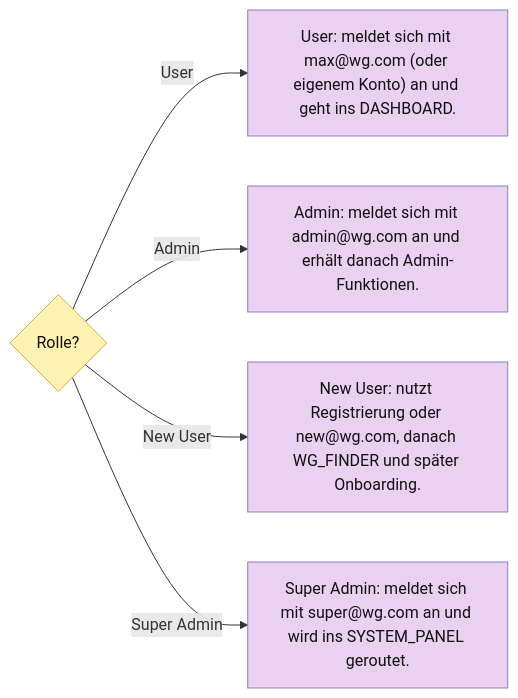
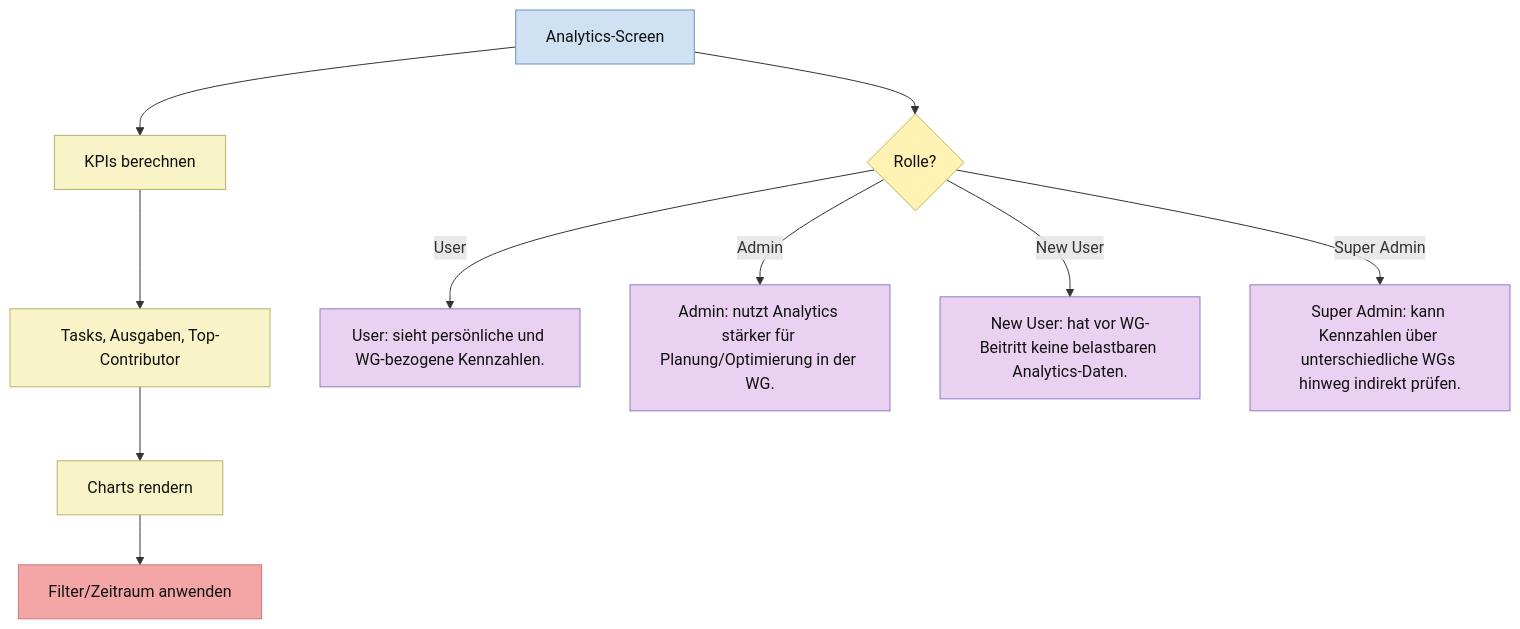
Before and after one commit to Nejy190501/WGManager: diagram 15 of 27 in ABLAUFDIAGRAMM.md, drawn with Mermaid. The commit also changed other lines of this file, not shown here.

````diff
--- a/ABLAUFDIAGRAMM.md
+++ b/ABLAUFDIAGRAMM.md
@@ -556,23 +770,32 @@
 ```mermaid
-flowchart LR
-    R{"Rolle?"}
-    U["User: meldet sich mit max@wg.com (oder eigenem Konto) an und geht ins DASHBOARD."]
-    A["Admin: meldet sich mit admin@wg.com an und erhält danach Admin-Funktionen."]
-    N["New User: nutzt Registrierung oder new@wg.com, danach WG_FINDER und später Onboarding."]
-    S["Super Admin: meldet sich mit super@wg.com an und wird ins SYSTEM_PANEL geroutet."]
-    R -->|User| U
-    R -->|Admin| A
-    R -->|New User| N
-    R -->|Super Admin| S
+flowchart TD
+    A["Analytics-Screen"] --> B["KPIs berechnen"]
+    B --> C["Tasks, Ausgaben, Top-Contributor"]
+    C --> D["Charts rendern"]
+    D --> E["Filter/Zeitraum anwenden"]
+
+
+    A --> RLQ{"Rolle?"}
+    RLU["User: sieht persönliche und WG-bezogene Kennzahlen."]
+    RLA["Admin: nutzt Analytics stärker für Planung/Optimierung in der WG."]
+    RLN["New User: hat vor WG-Beitritt keine belastbaren Analytics-Daten."]
+    RLS["Super Admin: kann Kennzahlen über unterschiedliche WGs hinweg indirekt prüfen."]
+    RLQ -->|User| RLU
+    RLQ -->|Admin| RLA
+    RLQ -->|New User| RLN
+    RLQ -->|Super Admin| RLS
 
     classDef userAction fill:#ead1f2,stroke:#8e7cc3,color:#111;
     classDef systemAction fill:#f9f4c7,stroke:#b7b26a,color:#111;
     classDef userDecision fill:#f4cccc,stroke:#cc7a7a,color:#111;
     classDef systemDecision fill:#fff2b2,stroke:#c9b458,color:#111;
     classDef button fill:#f4a6a6,stroke:#c97b7b,color:#111;
     classDef userInput fill:#f8d7da,stroke:#d49aa2,color:#111;
     classDef screen fill:#cfe2f3,stroke:#6c8ebf,color:#111;
 
-    class R systemDecision;
-    class U,A,N,S userAction;
+    class B,C,D systemAction;
+    class E button;
+    class A screen;
+    class RLQ systemDecision;
+    class RLU,RLA,RLN,RLS userAction;
 ```
````
